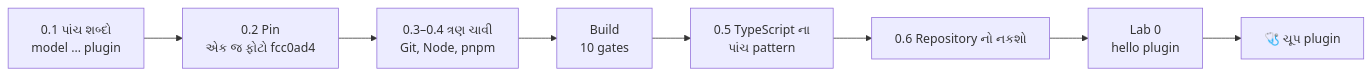
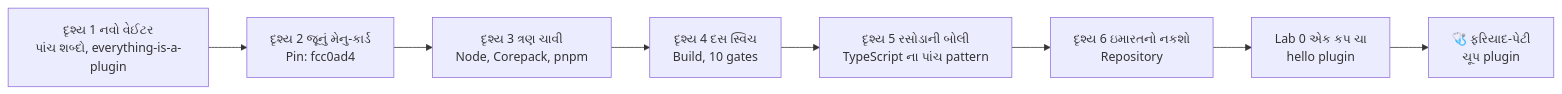
Before and after one commit to vrajkher/DeepSeekHarnessBookNEW: the first of 2 diagrams in book/00-paayo-ane-pratham-run.md, drawn with Mermaid. The commit also changed other lines of this file and 15 other files, not shown here.

````diff
--- a/book/00-paayo-ane-pratham-run.md
+++ b/book/00-paayo-ane-pratham-run.md
@@ -28,10 +25,10 @@
 ```mermaid
 flowchart LR
-  A["0.1 પાંચ શબ્દો<br/>model … plugin"] --> B["0.2 Pin<br/>એક જ ફોટો fcc0ad4"]
-  B --> C["0.3–0.4 ત્રણ ચાવી<br/>Git, Node, pnpm"]
-  C --> D["Build<br/>10 gates"]
-  D --> E["0.5 TypeScript ના<br/>પાંચ pattern"]
-  E --> F["0.6 Repository નો નકશો"]
-  F --> G["Lab 0<br/>hello plugin"]
-  G --> H["🩺 ચૂપ plugin"]
+  A["દૃશ્ય 1 નવો વેઈટર<br/>પાંચ શબ્દો, everything-is-a-plugin"] --> B["દૃશ્ય 2 જૂનું મેનુ-કાર્ડ<br/>Pin: fcc0ad4"]
+  B --> C["દૃશ્ય 3 ત્રણ ચાવી<br/>Node, Corepack, pnpm"]
+  C --> D["દૃશ્ય 4 દસ સ્વિચ<br/>Build, 10 gates"]
+  D --> E["દૃશ્ય 5 રસોડાની બોલી<br/>TypeScript ના પાંચ pattern"]
+  E --> F["દૃશ્ય 6 ઇમારતનો નકશો<br/>Repository"]
+  F --> G["Lab 0 એક કપ ચા<br/>hello plugin"]
+  G --> H["🩺 ફરિયાદ-પેટી<br/>ચૂપ plugin"]
 ```
````
